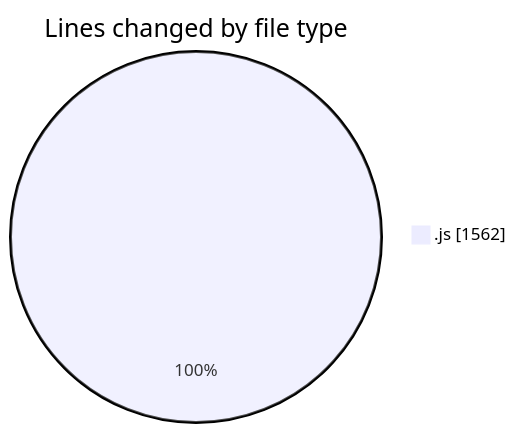
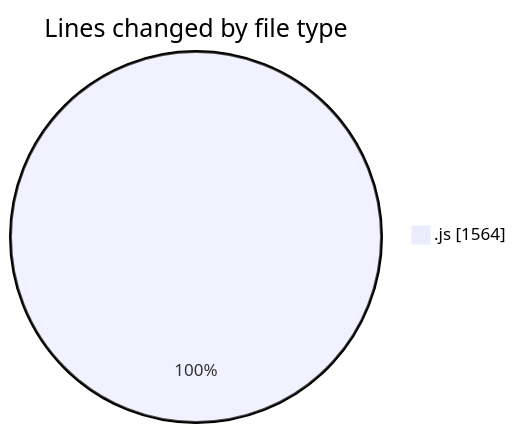
The first of 2 diagrams in 2025-08-04/javascript/README.md (Ritupan-Deka/code-tracking), drawn with Mermaid before and after one commit. The commit also changed other lines of this file and 1 other file, not shown here.

````diff
--- a/2025-08-04/javascript/README.md
+++ b/2025-08-04/javascript/README.md
@@ -20,5 +21,5 @@
 ```mermaid
 pie showData
 title Lines changed by file type
-".js" : 1562
+".js" : 1564
 ```
````
